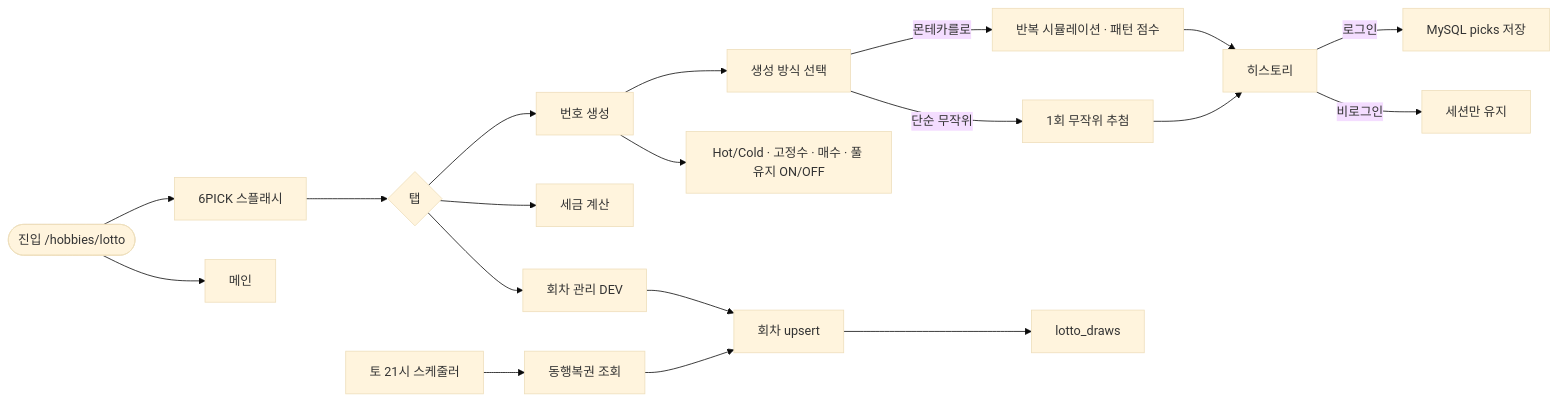
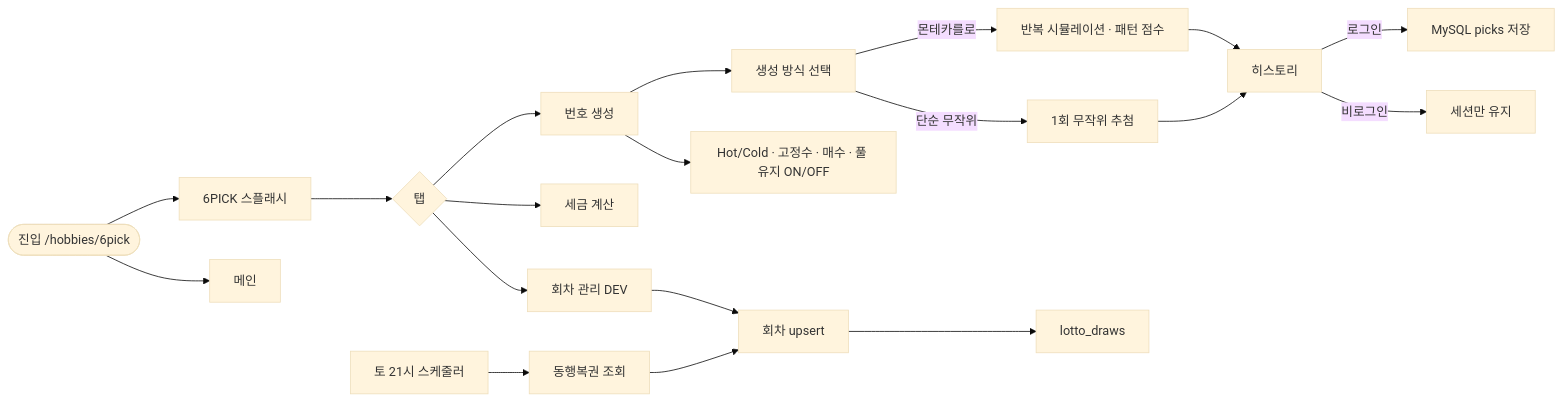
Diagram 14 of 21 in docs/PBB-유저-흐름도.md (ohdeg/PBB), drawn with Mermaid (base theme) before and after one commit. The commit also changed other lines of this file and 50 other files, not shown here.

````diff
--- a/docs/PBB-유저-흐름도.md
+++ b/docs/PBB-유저-흐름도.md
@@ -339,21 +339,21 @@
 ```mermaid
 flowchart LR
-    enter([진입 /hobbies/lotto]) --> splash[6PICK 스플래시]
+    enter([진입 /hobbies/6pick]) --> splash[6PICK 스플래시]
     splash --> tabs{탭}
     tabs --> draw[번호 생성]
     tabs --> payout[세금 계산]
     tabs --> admin[회차 관리 DEV]
     draw --> mode[생성 방식 선택]
     mode -->|"몬테카를로"| mc[반복 시뮬레이션 · 패턴 점수]
     mode -->|"단순 무작위"| rnd[1회 무작위 추첨]
     draw --> opts[Hot/Cold · 고정수 · 매수 · 풀 유지 ON/OFF]
     mc --> hist[히스토리]
     rnd --> hist
     hist -->|"로그인"| saveApi[MySQL picks 저장]
     hist -->|"비로그인"| localOnly[세션만 유지]
     admin --> upsert[회차 upsert]
     sched[토 21시 스케줄러] --> dhl[동행복권 조회]
     dhl --> upsert
     upsert --> drawsDb[lotto_draws]
     enter --> back[메인]
 ```
````
